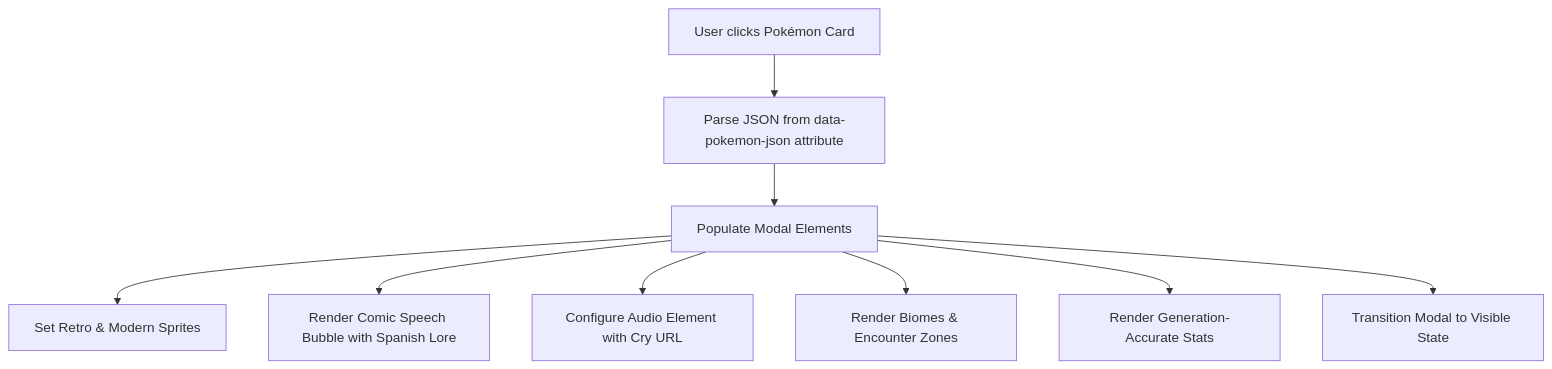
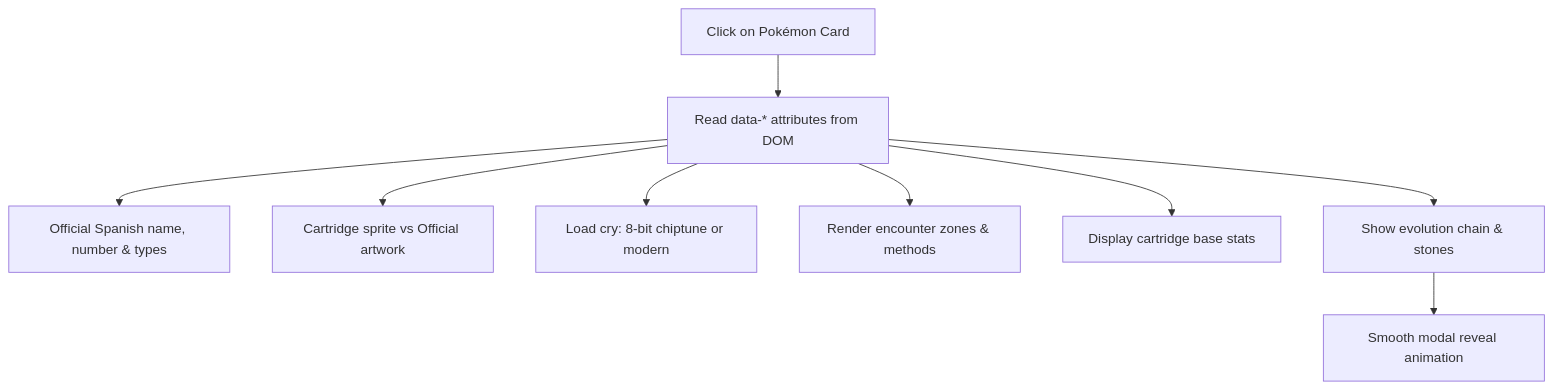
Before and after one commit to Gatozo/pokedexglobal: the diagram in docs/en/ui-and-components.md, drawn with Mermaid. The commit also changed other lines of this file and 31 other files, not shown here.

````diff
--- a/docs/en/ui-and-components.md
+++ b/docs/en/ui-and-components.md
@@ -20,11 +32,11 @@
 ```mermaid
 graph TD
-    Click[User clicks Pokémon Card] --> ReadData[Parse JSON from data-pokemon-json attribute]
-    ReadData --> PopulateModal[Populate Modal Elements]
-    PopulateModal --> SetSprite[Set Retro & Modern Sprites]
-    PopulateModal --> SetBubble[Render Comic Speech Bubble with Spanish Lore]
-    PopulateModal --> SetAudio[Configure Audio Element with Cry URL]
-    PopulateModal --> SetObtaining[Render Biomes & Encounter Zones]
-    PopulateModal --> SetStats[Render Generation-Accurate Stats]
-    PopulateModal --> ShowModal[Transition Modal to Visible State]
+    Click[Click on Pokémon Card] --> ParseJSON[Read data-* attributes from DOM]
+    ParseJSON --> InjectHeader[Official Spanish name, number & types]
+    ParseJSON --> InjectSprites[Cartridge sprite vs Official artwork]
+    ParseJSON --> AudioEngine[Load cry: 8-bit chiptune or modern]
+    ParseJSON --> InjectLocations[Render encounter zones & methods]
+    ParseJSON --> InjectStats[Display cartridge base stats]
+    ParseJSON --> InjectEvolution[Show evolution chain & stones]
+    InjectEvolution --> ShowModal[Smooth modal reveal animation]
 ```
````
